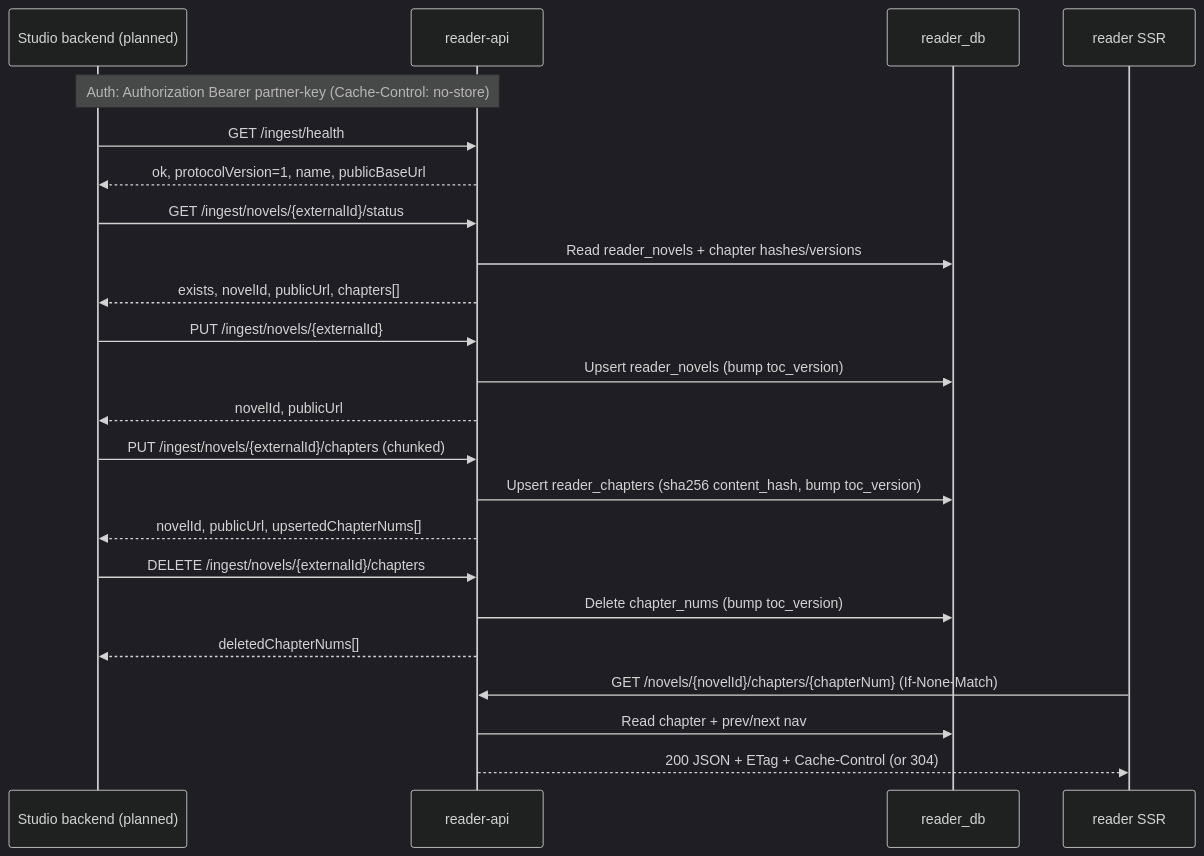
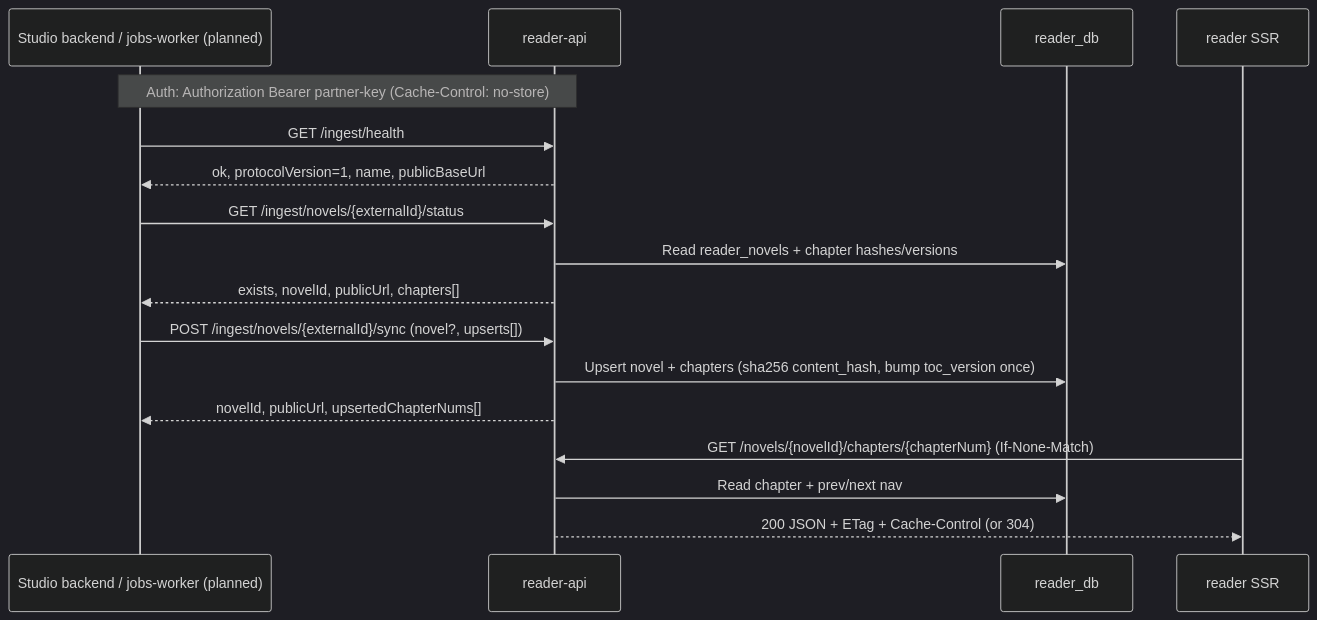
The second of 2 diagrams in .agents/docs/reader-plans.md (lzguan/noveltl), drawn with Mermaid (dark theme) before and after one commit. The commit also changed other lines of this file, not shown here.

Commit message:
docs: update reader architecture and publishing notes

````diff
--- a/.agents/docs/reader-plans.md
+++ b/.agents/docs/reader-plans.md
@@ -40,31 +41,23 @@
 ```mermaid
 sequenceDiagram
-    participant Studio as Studio backend (planned)
+    participant Studio as Studio backend / jobs-worker (planned)
     participant RAPI as reader-api
     participant RDB as reader_db
     participant SSR as reader SSR
 
     Note over Studio,RAPI: Auth: Authorization Bearer partner-key (Cache-Control: no-store)
     Studio->>RAPI: GET /ingest/health
     RAPI-->>Studio: ok, protocolVersion=1, name, publicBaseUrl
 
     Studio->>RAPI: GET /ingest/novels/{externalId}/status
     RAPI->>RDB: Read reader_novels + chapter hashes/versions
     RAPI-->>Studio: exists, novelId, publicUrl, chapters[]
 
-    Studio->>RAPI: PUT /ingest/novels/{externalId}
-    RAPI->>RDB: Upsert reader_novels (bump toc_version)
-    RAPI-->>Studio: novelId, publicUrl
-
-    Studio->>RAPI: PUT /ingest/novels/{externalId}/chapters (chunked)
-    RAPI->>RDB: Upsert reader_chapters (sha256 content_hash, bump toc_version)
+    Studio->>RAPI: POST /ingest/novels/{externalId}/sync (novel?, upserts[])
+    RAPI->>RDB: Upsert novel + chapters (sha256 content_hash, bump toc_version once)
     RAPI-->>Studio: novelId, publicUrl, upsertedChapterNums[]
-
-    Studio->>RAPI: DELETE /ingest/novels/{externalId}/chapters
-    RAPI->>RDB: Delete chapter_nums (bump toc_version)
-    RAPI-->>Studio: deletedChapterNums[]
 
     SSR->>RAPI: GET /novels/{novelId}/chapters/{chapterNum} (If-None-Match)
     RAPI->>RDB: Read chapter + prev/next nav
     RAPI-->>SSR: 200 JSON + ETag + Cache-Control (or 304)
 ```
````
